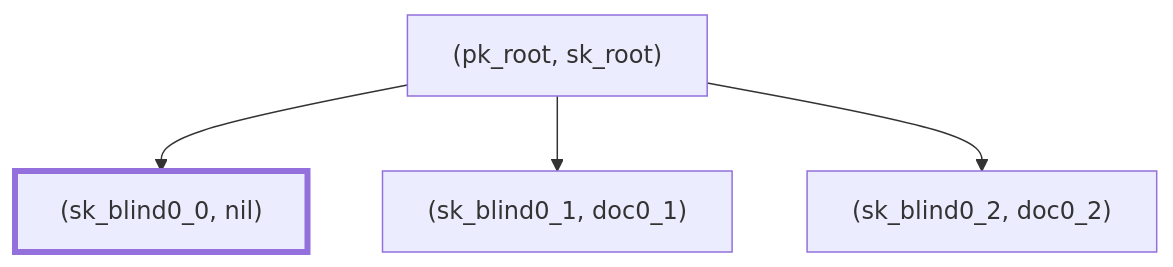
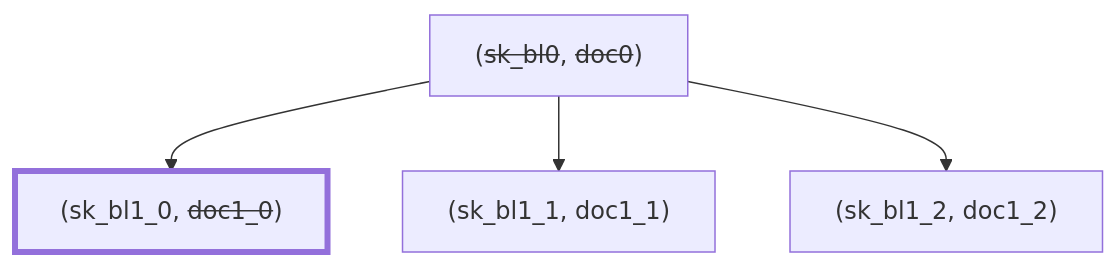
One commit to sander/hierarchical-deterministic-keys changed the fourth of 5 diagrams in keys.md. Above: the diagram before and after it, drawn with Mermaid. The commit also changed other lines of this file, not shown here.

````diff
--- a/keys.md
+++ b/keys.md
@@ -61,8 +74,8 @@
 ```mermaid
 flowchart
-root["(pk_root, sk_root)"]
-root --> l1_0["(sk_blind0_0, nil)"]
-root --> l1_1["(sk_blind0_1, doc0_1)"]
-root --> l1_2["(sk_blind0_2, doc0_2)"]
+root["(<del>sk_bl0</del>, <del>doc0</del>)"]
+root --> l1_0["(sk_bl1_0, <del>doc1_0</del>)"]
+root --> l1_1["(sk_bl1_1, doc1_1)"]
+root --> l1_2["(sk_bl1_2, doc1_2)"]
 style l1_0 stroke-width:4px
 ```
````
